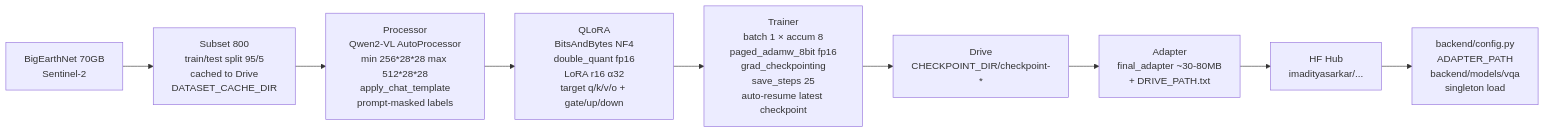
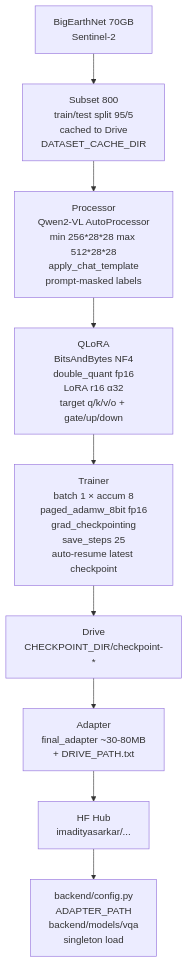
Before and after one commit to awdtyo/SatQueryAI-SIH26: the second of 2 diagrams in README.md, drawn with Mermaid. The commit also changed other lines of this file, not shown here.

````diff
--- a/README.md
+++ b/README.md
@@ -75,11 +67,11 @@
 ```mermaid
-flowchart LR
+flowchart TD
     BE[BigEarthNet 70GB<br/>Sentinel-2] --> SUB[Subset 800<br/>train/test split 95/5<br/>cached to Drive<br/>DATASET_CACHE_DIR]
     SUB --> TOK[Processor<br/>Qwen2-VL AutoProcessor<br/>min 256*28*28 max 512*28*28<br/>apply_chat_template<br/>prompt-masked labels]
     TOK --> QL[QLoRA<br/>BitsAndBytes NF4<br/>double_quant fp16<br/>LoRA r16 α32<br/>target q/k/v/o + gate/up/down]
     QL --> TRN[Trainer<br/>batch 1 × accum 8<br/>paged_adamw_8bit fp16<br/>grad_checkpointing<br/>save_steps 25<br/>auto-resume latest checkpoint]
     TRN --> CKPT[Drive<br/>CHECKPOINT_DIR/checkpoint-*]
     CKPT --> ADP[Adapter<br/>final_adapter ~30-80MB<br/>+ DRIVE_PATH.txt]
     ADP --> HUB[HF Hub<br/>imadityasarkar/...]
     HUB --> CFG[backend/config.py<br/>ADAPTER_PATH<br/>backend/models/vqa<br/>singleton load]
 ```
````
